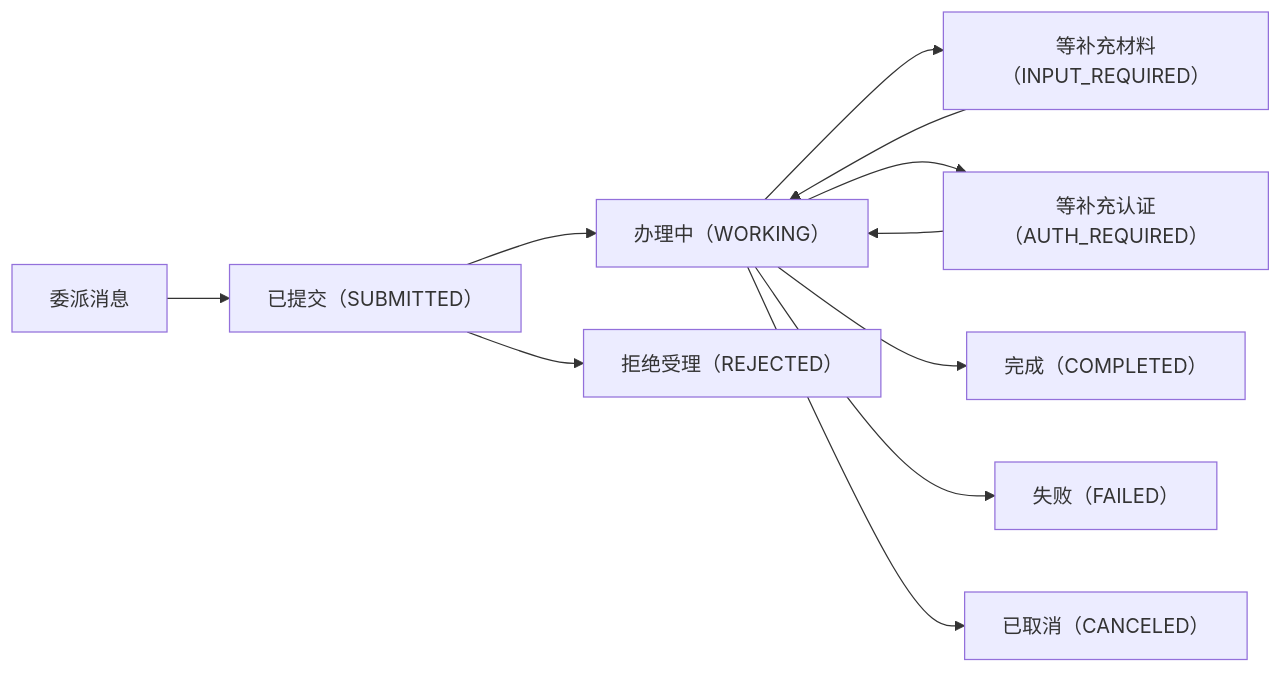
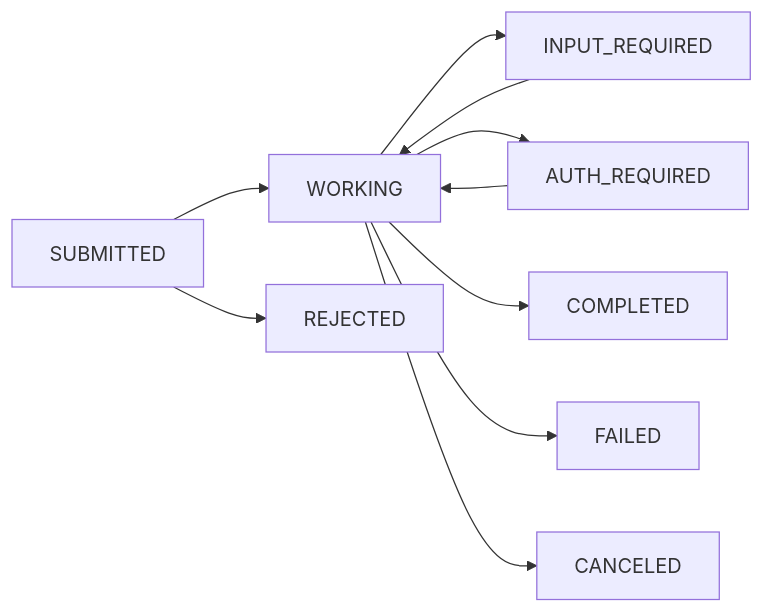
Before and after one commit to echonoshy/agent-engineering-handbook: the third of 3 diagrams in 08-agent-infra-harness-and-protocols/02-protocols-mcp-skills-a2a.md, drawn with Mermaid. The commit also changed other lines of this file and 21 other files, not shown here.

````diff
--- a/08-agent-infra-harness-and-protocols/02-protocols-mcp-skills-a2a.md
+++ b/08-agent-infra-harness-and-protocols/02-protocols-mcp-skills-a2a.md
@@ -215,13 +216,12 @@
 ```mermaid
 flowchart LR
-    A["委派消息"] --> B["已提交（SUBMITTED）"]
-    B --> C["办理中（WORKING）"]
-    B --> R["拒绝受理（REJECTED）"]
-    C --> I["等补充材料（INPUT_REQUIRED）"]
-    C --> H["等补充认证（AUTH_REQUIRED）"]
-    I --> C
-    H --> C
-    C --> D["完成（COMPLETED）"]
-    C --> E["失败（FAILED）"]
-    C --> X["已取消（CANCELED）"]
+    S["SUBMITTED"] --> W["WORKING"]
+    S --> R["REJECTED"]
+    W --> I["INPUT_REQUIRED"]
+    W --> A["AUTH_REQUIRED"]
+    I --> W
+    A --> W
+    W --> D["COMPLETED"]
+    W --> F["FAILED"]
+    W --> X["CANCELED"]
 ```
````
